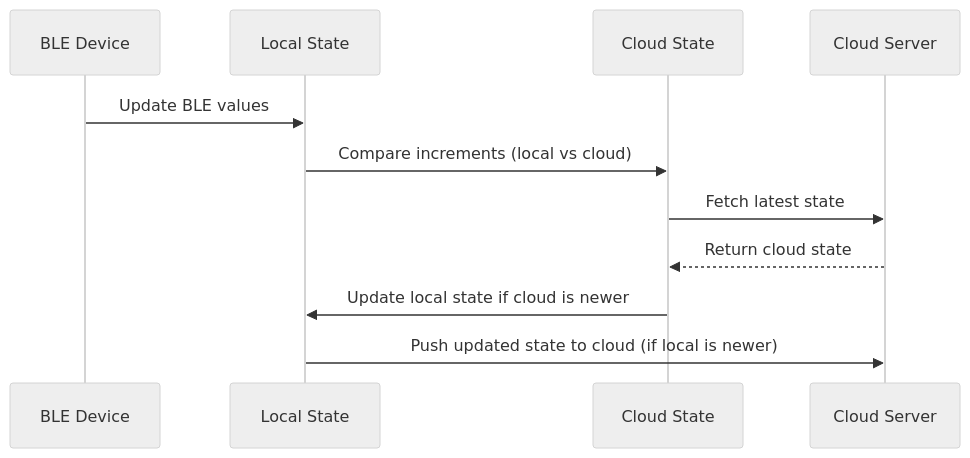
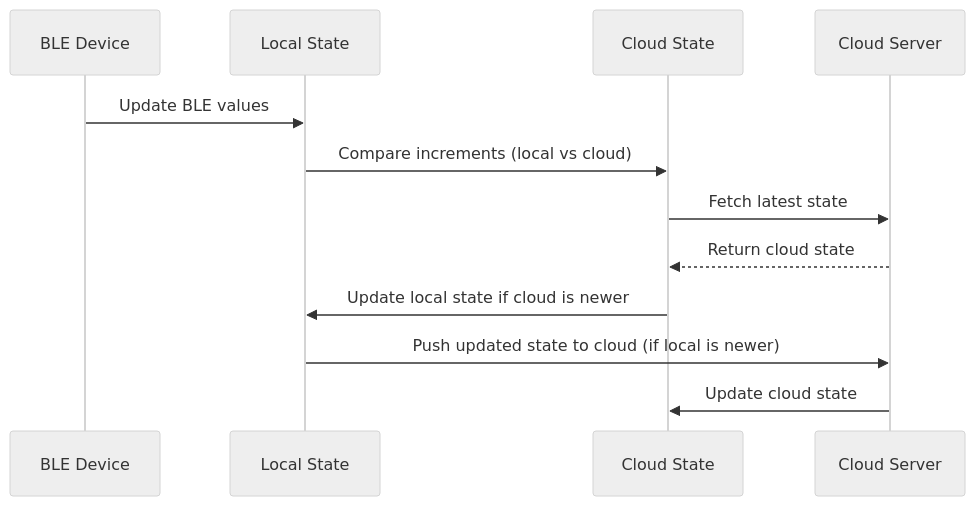
The first of 3 diagrams in README.md (EmilioAtZoi/StateManagementPoC), drawn with Mermaid (neutral theme) before and after one commit. The commit also changed other lines of this file, not shown here.

````diff
--- a/README.md
+++ b/README.md
@@ -51,14 +45,15 @@
 ```mermaid
 sequenceDiagram
     participant BLEDevice as BLE Device
     participant LocalState as Local State
     participant CloudState as Cloud State
     participant Cloud as Cloud Server
 
     BLEDevice->>LocalState: Update BLE values
     LocalState->>CloudState: Compare increments (local vs cloud)
     CloudState->>Cloud: Fetch latest state
     Cloud-->>CloudState: Return cloud state
     CloudState->>LocalState: Update local state if cloud is newer
     LocalState->>Cloud: Push updated state to cloud (if local is newer)
+    Cloud->>CloudState: Update cloud state
 ```
````
